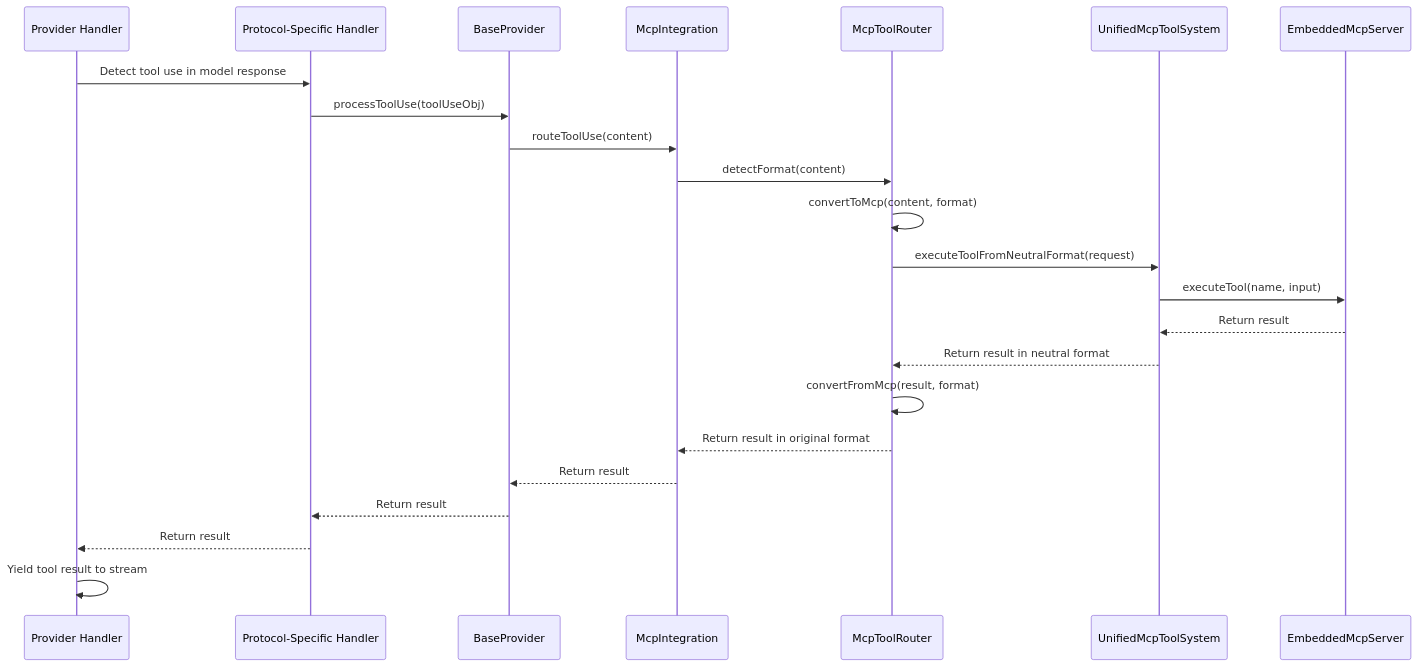
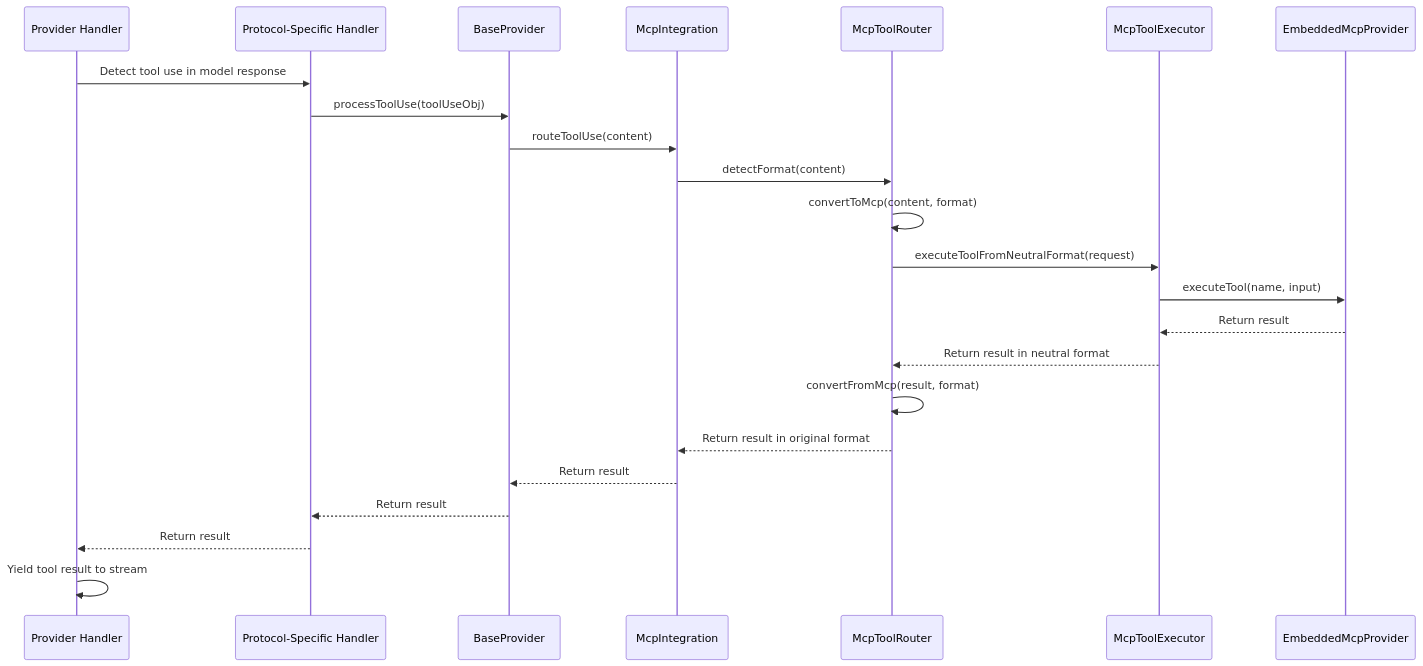
Before and after one commit to sydneyrenee/Thea-Code: the diagram in cline_docs/architectural_notes/tool_use/mcp/provider_mcp_integration.md, drawn with Mermaid. The commit also changed 13 other files, not shown here.

````diff
--- a/cline_docs/architectural_notes/tool_use/mcp/provider_mcp_integration.md
+++ b/cline_docs/architectural_notes/tool_use/mcp/provider_mcp_integration.md
@@ -331,26 +331,26 @@
 ```mermaid
 sequenceDiagram
     participant PH as Provider Handler
     participant PSH as Protocol-Specific Handler
     participant BP as BaseProvider
     participant MI as McpIntegration
     participant MTR as McpToolRouter
-    participant UMTS as UnifiedMcpToolSystem
-    participant EMCP as EmbeddedMcpServer
+    participant UMTS as McpToolExecutor
+    participant EMCP as EmbeddedMcpProvider
     
     PH->>PSH: Detect tool use in model response
     PSH->>BP: processToolUse(toolUseObj)
     BP->>MI: routeToolUse(content)
     MI->>MTR: detectFormat(content)
     MTR->>MTR: convertToMcp(content, format)
     MTR->>UMTS: executeToolFromNeutralFormat(request)
     UMTS->>EMCP: executeTool(name, input)
     EMCP-->>UMTS: Return result
     UMTS-->>MTR: Return result in neutral format
     MTR->>MTR: convertFromMcp(result, format)
     MTR-->>MI: Return result in original format
     MI-->>BP: Return result
     BP-->>PSH: Return result
     PSH-->>PH: Return result
     PH->>PH: Yield tool result to stream
 ```
````
